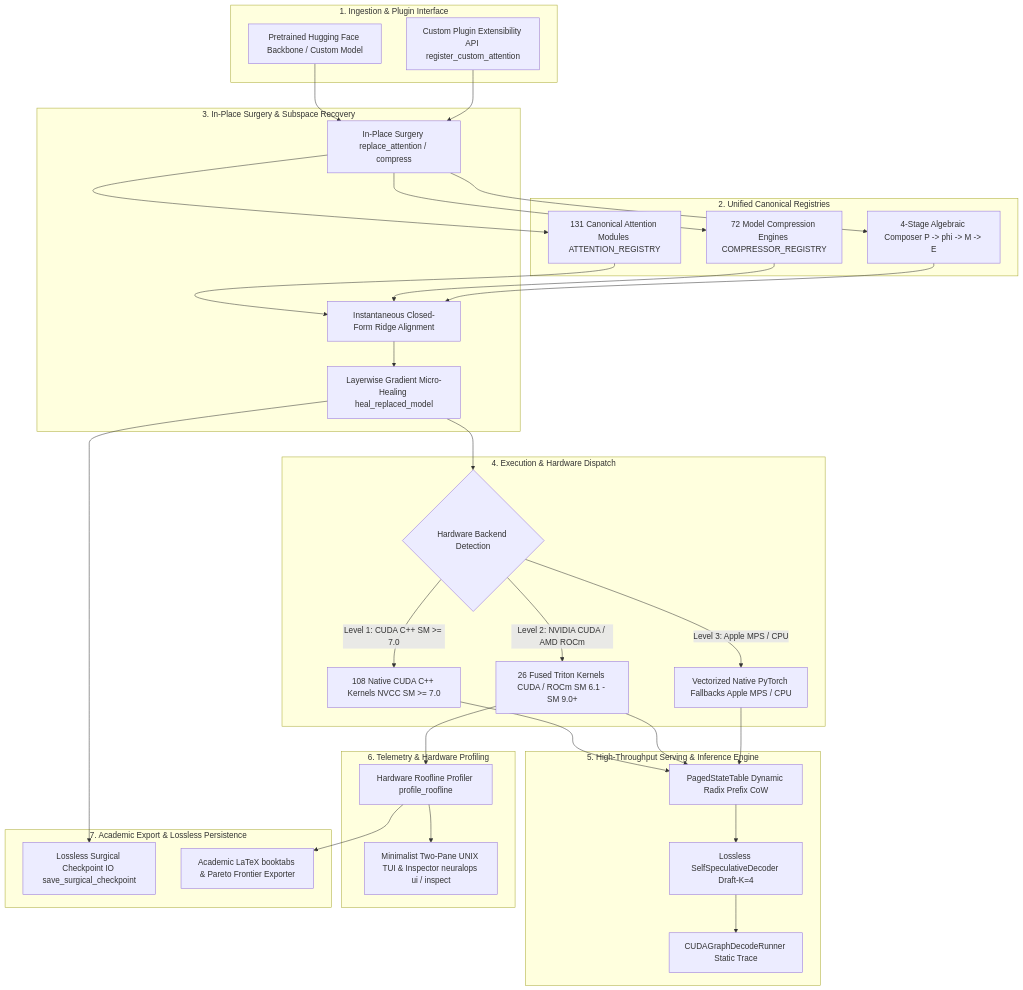
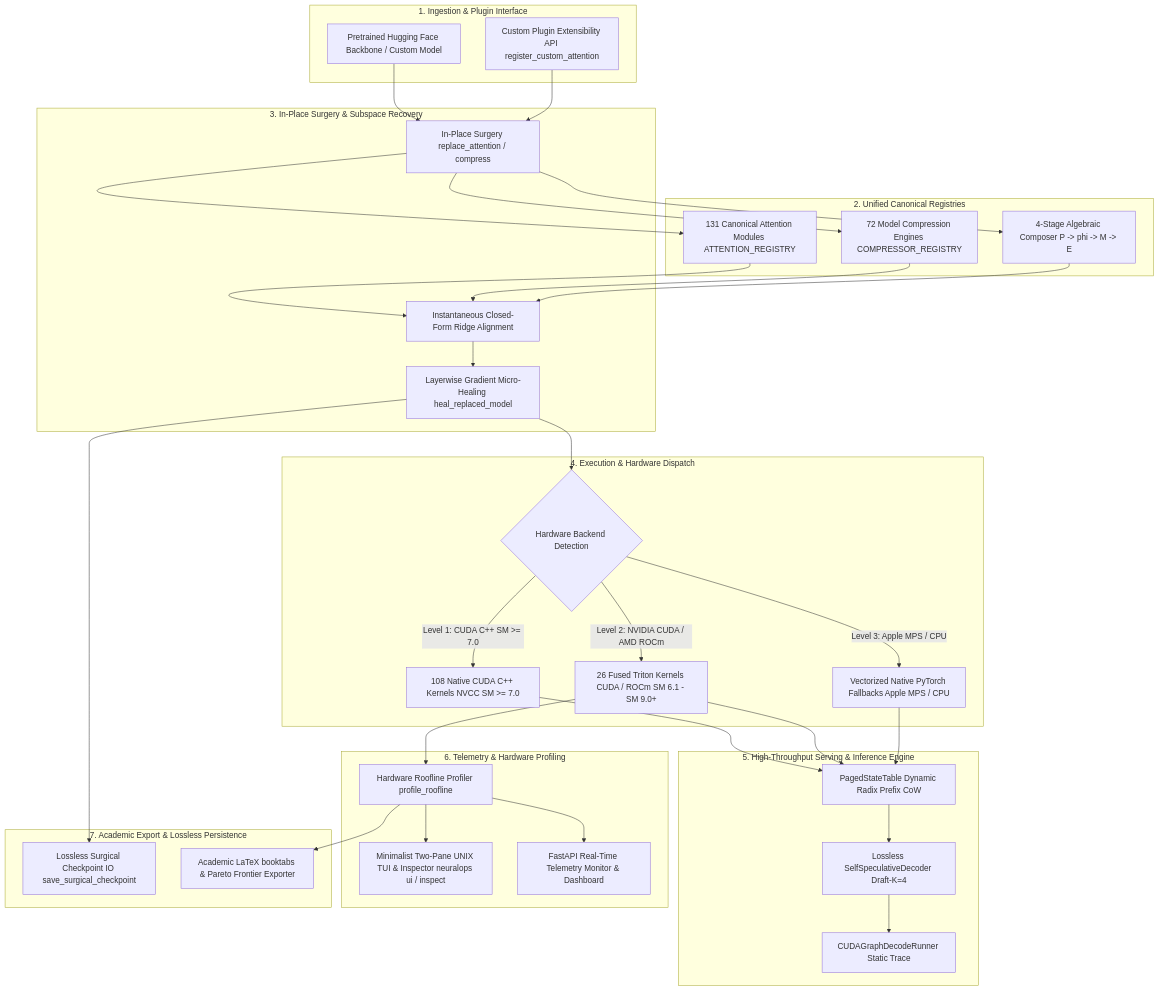
The second of 3 diagrams in README.md (tahamajs/NeuralOps), drawn with Mermaid before and after one commit. The commit also changed other lines of this file, not shown here.

````diff
--- a/README.md
+++ b/README.md
@@ -416,65 +664,67 @@
 ```mermaid
 flowchart TD
     subgraph Layer1 [1. Ingestion & Plugin Interface]
         HF[Pretrained Hugging Face Backbone / Custom Model]
         Ext[Custom Plugin Extensibility API register_custom_attention]
     end
 
     subgraph Layer2 [2. Unified Canonical Registries]
         AttnZoo[131 Canonical Attention Modules ATTENTION_REGISTRY]
         CompEngines[72 Model Compression Engines COMPRESSOR_REGISTRY]
         Composer[4-Stage Algebraic Composer P -> phi -> M -> E]
     end
 
     subgraph Layer3 [3. In-Place Surgery & Subspace Recovery]
         Surgery[In-Place Surgery replace_attention / compress]
         Ridge[Instantaneous Closed-Form Ridge Alignment]
         MicroHeal[Layerwise Gradient Micro-Healing heal_replaced_model]
     end
 
     subgraph Layer4 [4. Execution & Hardware Dispatch]
         BackendCheck{Hardware Backend Detection}
         CUDACPP[108 Native CUDA C++ Kernels NVCC SM >= 7.0]
         Triton[26 Fused Triton Kernels CUDA / ROCm SM 6.1 - SM 9.0+]
         Fallback[Vectorized Native PyTorch Fallbacks Apple MPS / CPU]
     end
 
     subgraph Layer5 [5. High-Throughput Serving & Inference Engine]
         PagedState[PagedStateTable Dynamic Radix Prefix CoW]
         SpecDecode[Lossless SelfSpeculativeDecoder Draft-K=4]
         CUDAGraph[CUDAGraphDecodeRunner Static Trace]
     end
 
     subgraph Layer6 [6. Telemetry & Hardware Profiling]
         Roofline[Hardware Roofline Profiler profile_roofline]
         TUI[Minimalist Two-Pane UNIX TUI & Inspector neuralops ui / inspect]
+        WebMon[FastAPI Real-Time Telemetry Monitor & Dashboard]
     end
 
     subgraph Layer7 [7. Academic Export & Lossless Persistence]
         SurgIO[Lossless Surgical Checkpoint IO save_surgical_checkpoint]
         LaTeX[Academic LaTeX booktabs & Pareto Frontier Exporter]
     end
 
     HF --> Surgery
     Ext --> Surgery
     Surgery --> AttnZoo
     Surgery --> CompEngines
     Surgery --> Composer
     AttnZoo --> Ridge
     CompEngines --> Ridge
     Composer --> Ridge
     Ridge --> MicroHeal
     MicroHeal --> BackendCheck
     BackendCheck -- Level 1: CUDA C++ SM >= 7.0 --> CUDACPP
     BackendCheck -- Level 2: NVIDIA CUDA / AMD ROCm --> Triton
     BackendCheck -- Level 3: Apple MPS / CPU --> Fallback
     CUDACPP --> PagedState
     Triton --> PagedState
     Fallback --> PagedState
     PagedState --> SpecDecode
     SpecDecode --> CUDAGraph
     Triton --> Roofline
     Roofline --> TUI
+    Roofline --> WebMon
     MicroHeal --> SurgIO
     Roofline --> LaTeX
 ```
````
